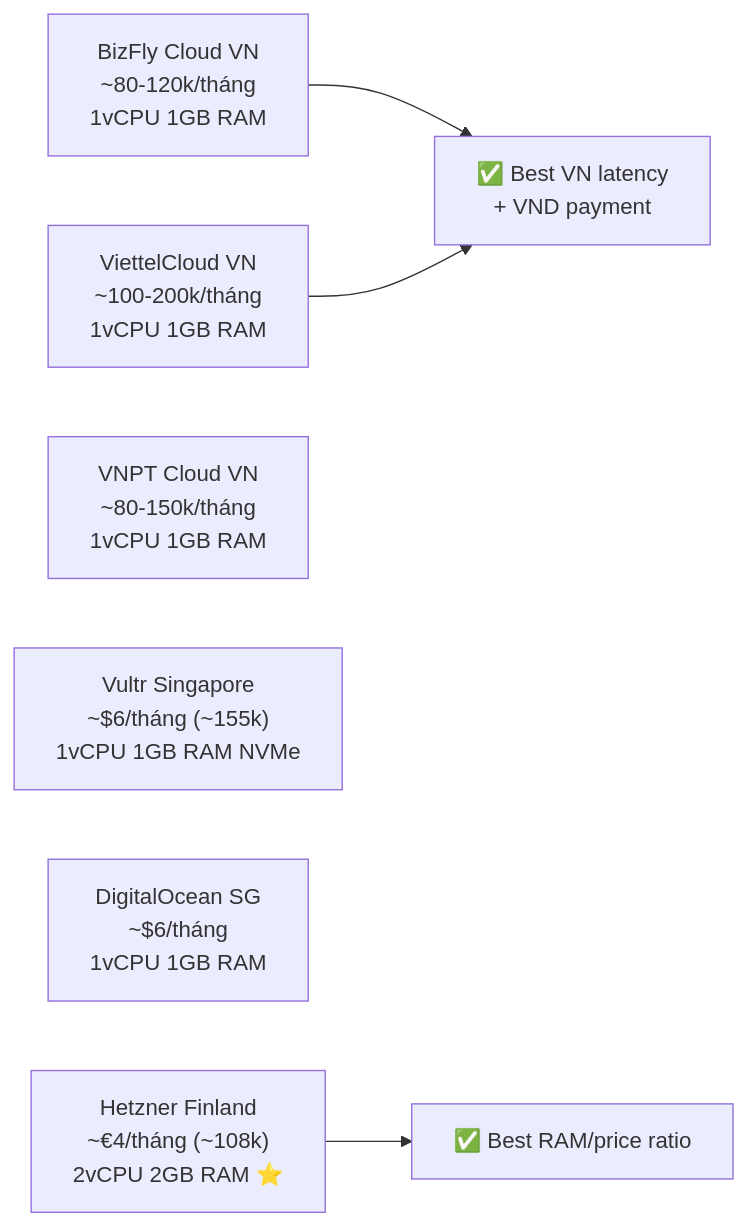
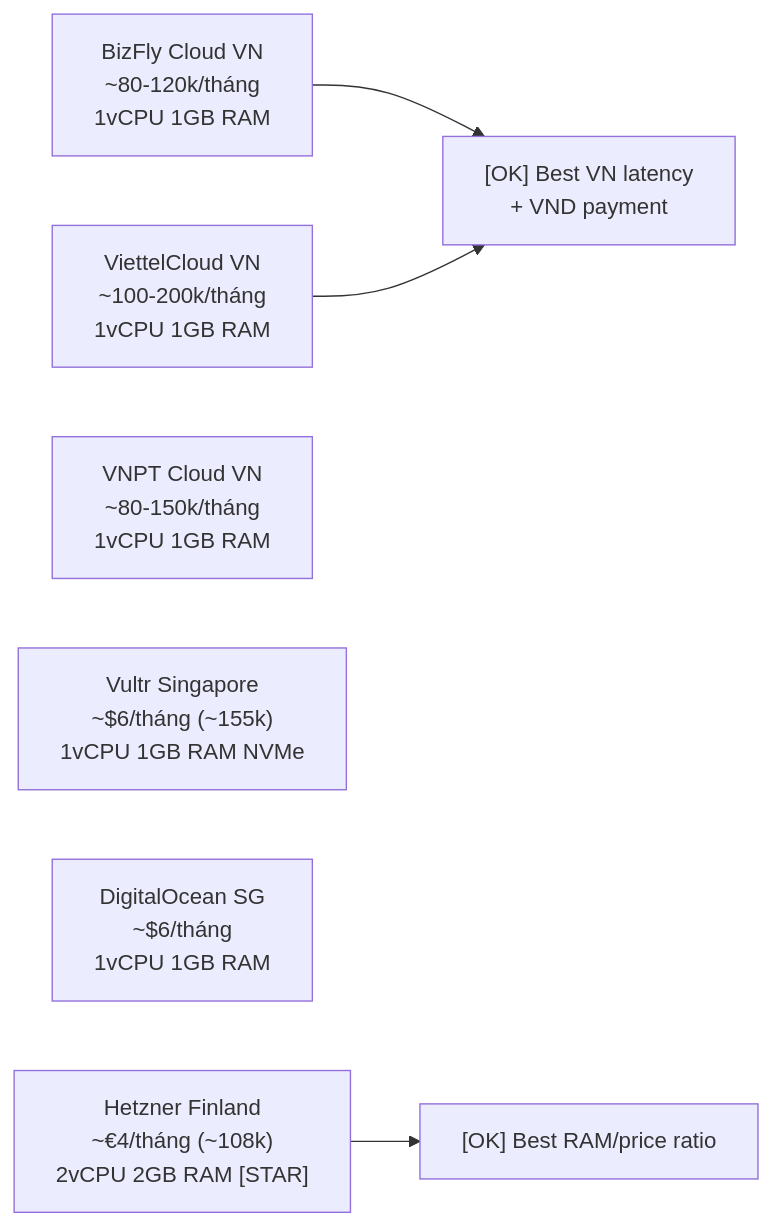
The diagram in design/02-platform-baseline/vps-runtime/COST_ZERO_VPS_GUIDE.md (QuyenVjp/PMTL_VN), drawn with Mermaid before and after one commit. The commit also changed other lines of this file and 158 other files, not shown here.

````diff
--- a/design/02-platform-baseline/vps-runtime/COST_ZERO_VPS_GUIDE.md
+++ b/design/02-platform-baseline/vps-runtime/COST_ZERO_VPS_GUIDE.md
@@ -28,16 +28,16 @@
 ```mermaid
 graph LR
   A["BizFly Cloud VN\n~80-120k/tháng\n1vCPU 1GB RAM"]
   B["ViettelCloud VN\n~100-200k/tháng\n1vCPU 1GB RAM"]
   C["VNPT Cloud VN\n~80-150k/tháng\n1vCPU 1GB RAM"]
   D["Vultr Singapore\n~$6/tháng (~155k)\n1vCPU 1GB RAM NVMe"]
   E["DigitalOcean SG\n~$6/tháng\n1vCPU 1GB RAM"]
-  F["Hetzner Finland\n~€4/tháng (~108k)\n2vCPU 2GB RAM ⭐"]
+  F["Hetzner Finland\n~€4/tháng (~108k)\n2vCPU 2GB RAM [STAR]"]
 
-  BestVN["✅ Best VN latency\n+ VND payment"]
-  BestValue["✅ Best RAM/price ratio"]
+  BestVN["[OK] Best VN latency\n+ VND payment"]
+  BestValue["[OK] Best RAM/price ratio"]
 
   A --> BestVN
   B --> BestVN
   F --> BestValue
 ```
````
